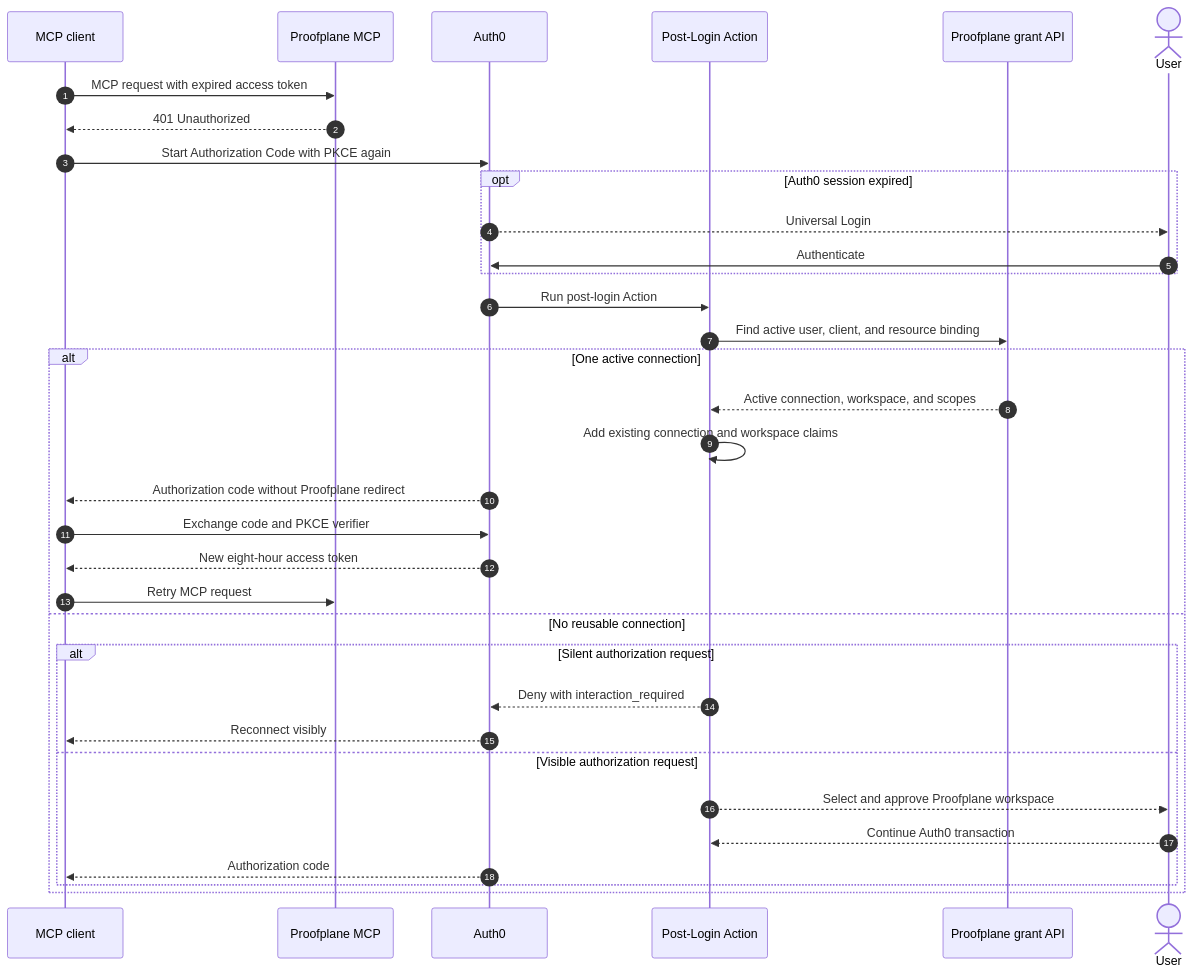
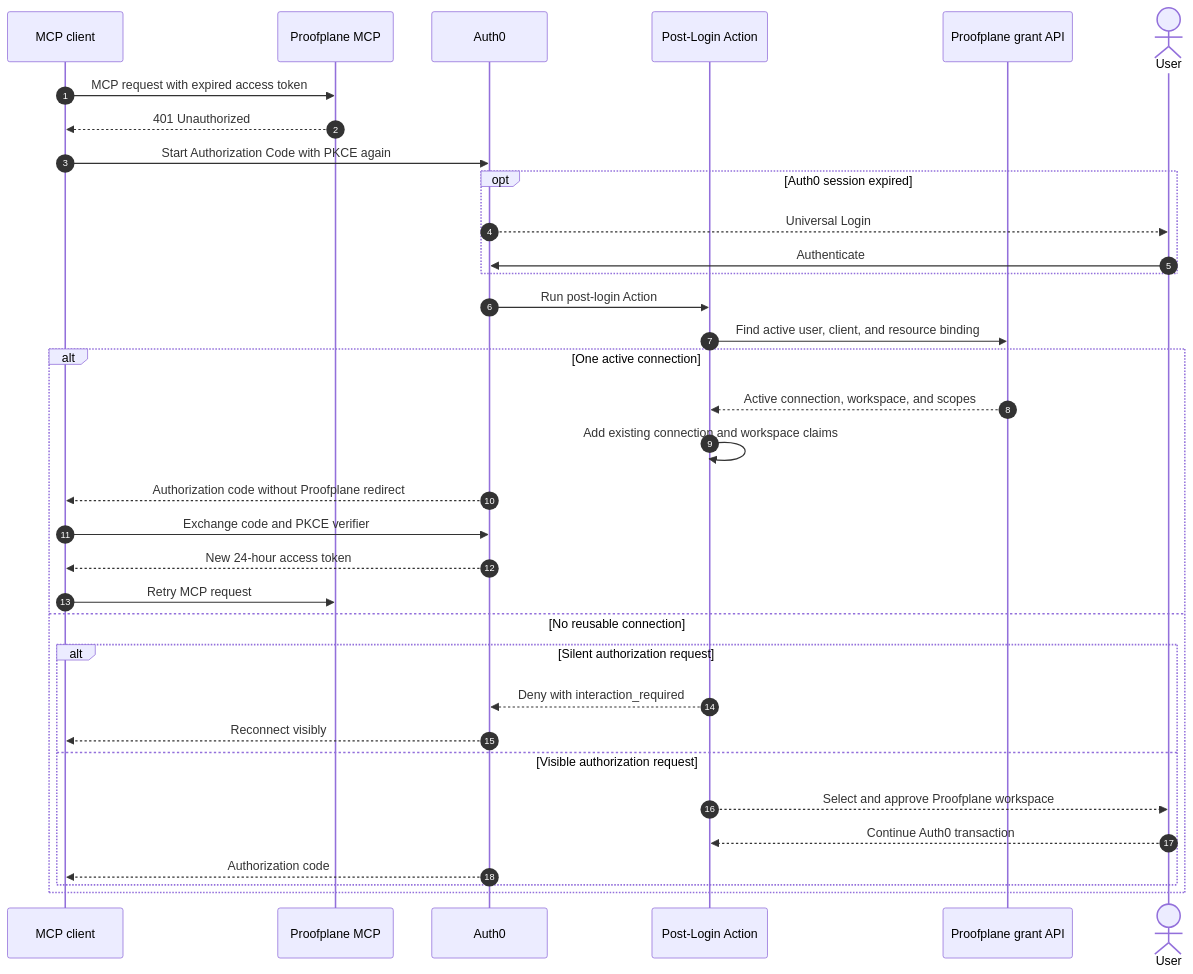
The fourth of 4 diagrams in docs/epics/agent-connector-onboarding/spec.md (proofplane/proofplane), drawn with Mermaid before and after one commit. The commit also changed other lines of this file and 26 other files, not shown here.

````diff
--- a/docs/epics/agent-connector-onboarding/spec.md
+++ b/docs/epics/agent-connector-onboarding/spec.md
@@ -408,40 +457,40 @@
 ```mermaid
 sequenceDiagram
     autonumber
     participant C as MCP client
     participant M as Proofplane MCP
     participant I as Auth0
     participant X as Post-Login Action
     participant P as Proofplane grant API
     actor U as User
 
     C->>M: MCP request with expired access token
     M-->>C: 401 Unauthorized
     C->>I: Start Authorization Code with PKCE again
 
     opt Auth0 session expired
         I-->>U: Universal Login
         U->>I: Authenticate
     end
 
     I->>X: Run post-login Action
     X->>P: Find active user, client, and resource binding
 
     alt One active connection
         P-->>X: Active connection, workspace, and scopes
         X->>X: Add existing connection and workspace claims
         I-->>C: Authorization code without Proofplane redirect
         C->>I: Exchange code and PKCE verifier
-        I-->>C: New eight-hour access token
+        I-->>C: New 24-hour access token
         C->>M: Retry MCP request
     else No reusable connection
         alt Silent authorization request
             X-->>I: Deny with interaction_required
             I-->>C: Reconnect visibly
         else Visible authorization request
             X-->>U: Select and approve Proofplane workspace
             U-->>X: Continue Auth0 transaction
             I-->>C: Authorization code
         end
     end
 ```
````
